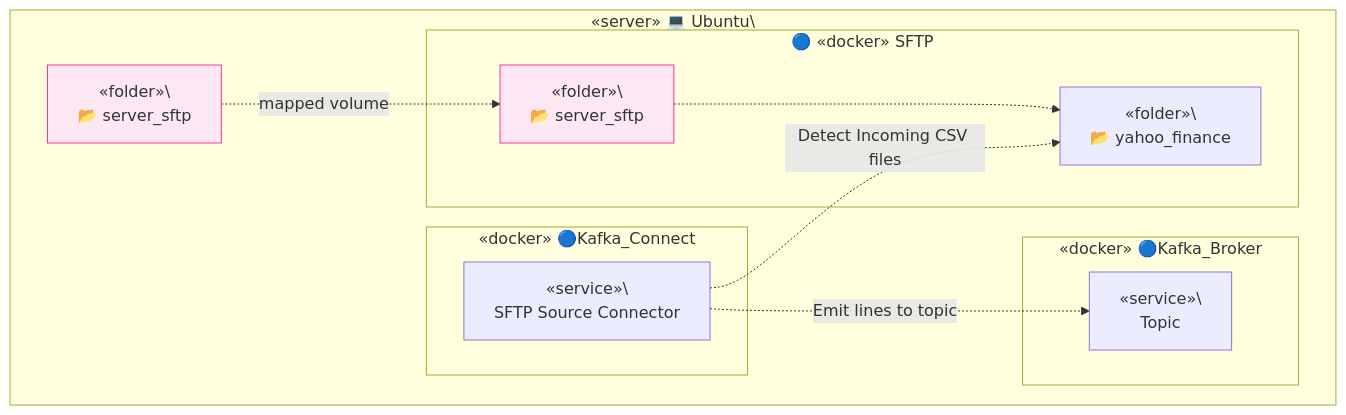
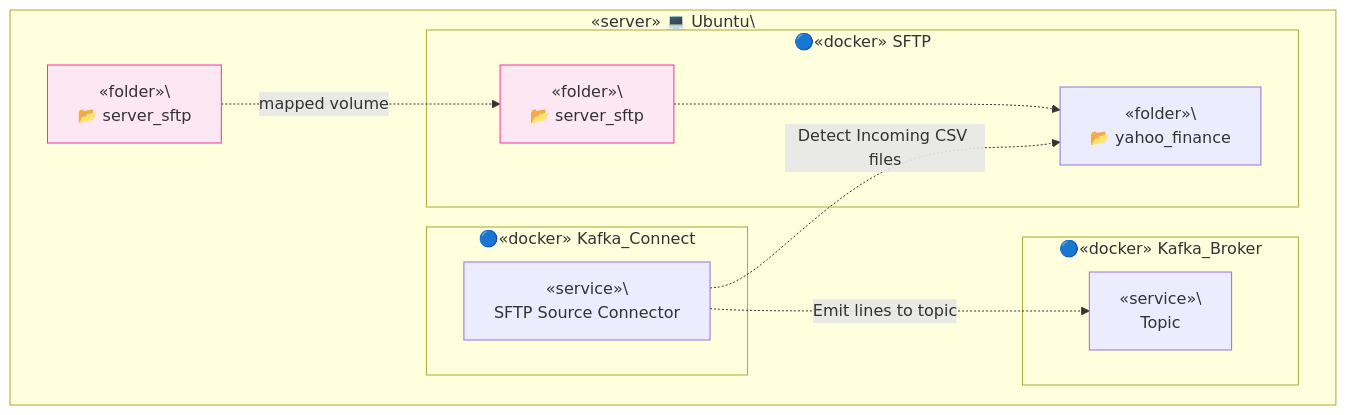
Before and after one commit to TrulyDigital/DATA_STREET: the fifth of 5 diagrams in server_sftp/README.md, drawn with Mermaid.

Commit message:
feat: server-sftp update config yaml

````diff
--- a/server_sftp/README.md
+++ b/server_sftp/README.md
@@ -96,29 +96,29 @@
 ```mermaid
 graph TD
     subgraph Container_A [«server» 💻 Ubuntu\<br/>]
         A1[«folder»\<br/> 📂 server_sftp]
         A1:::note_a1
 
-        subgraph Container_B [🔵 «docker» SFTP]
+        subgraph Container_B [🔵«docker» SFTP]
             B1[«folder»\<br/> 📂 server_sftp]
             B1:::note_b1
             B2[«folder»\<br/> 📂 yahoo_finance]
         end
 
-        subgraph Container_C [«docker» 🔵Kafka_Connect]
+        subgraph Container_C [🔵«docker» Kafka_Connect]
             C1[«service»\<br/> SFTP Source Connector]
         end
 
-        subgraph Container_D [«docker» 🔵Kafka_Broker]
+        subgraph Container_D [🔵«docker» Kafka_Broker]
             D1[«service»\<br/> Topic]
         end 
 
         A1 -. mapped volume .-> B1
         B1 -.-> B2
         C1 -. Detect Incoming CSV files .-> B2
         C1 -. Emit lines to topic .-> D1
 
         classDef note_a1 fill:#fce7f3,stroke:#f6339a,stroke-width:1px;
         classDef note_b1 fill:#fce7f3,stroke:#f6339a,stroke-width:1px;
     end
 ```
````
